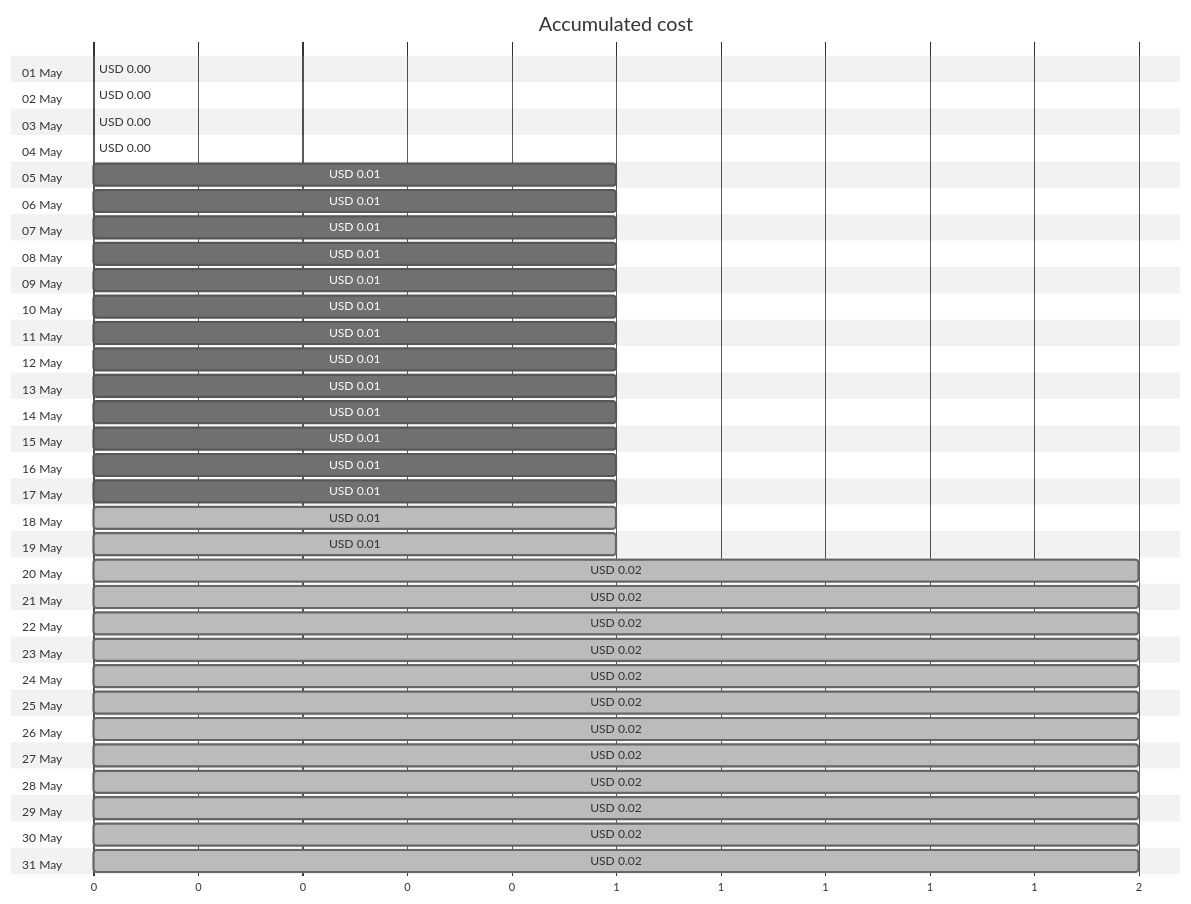
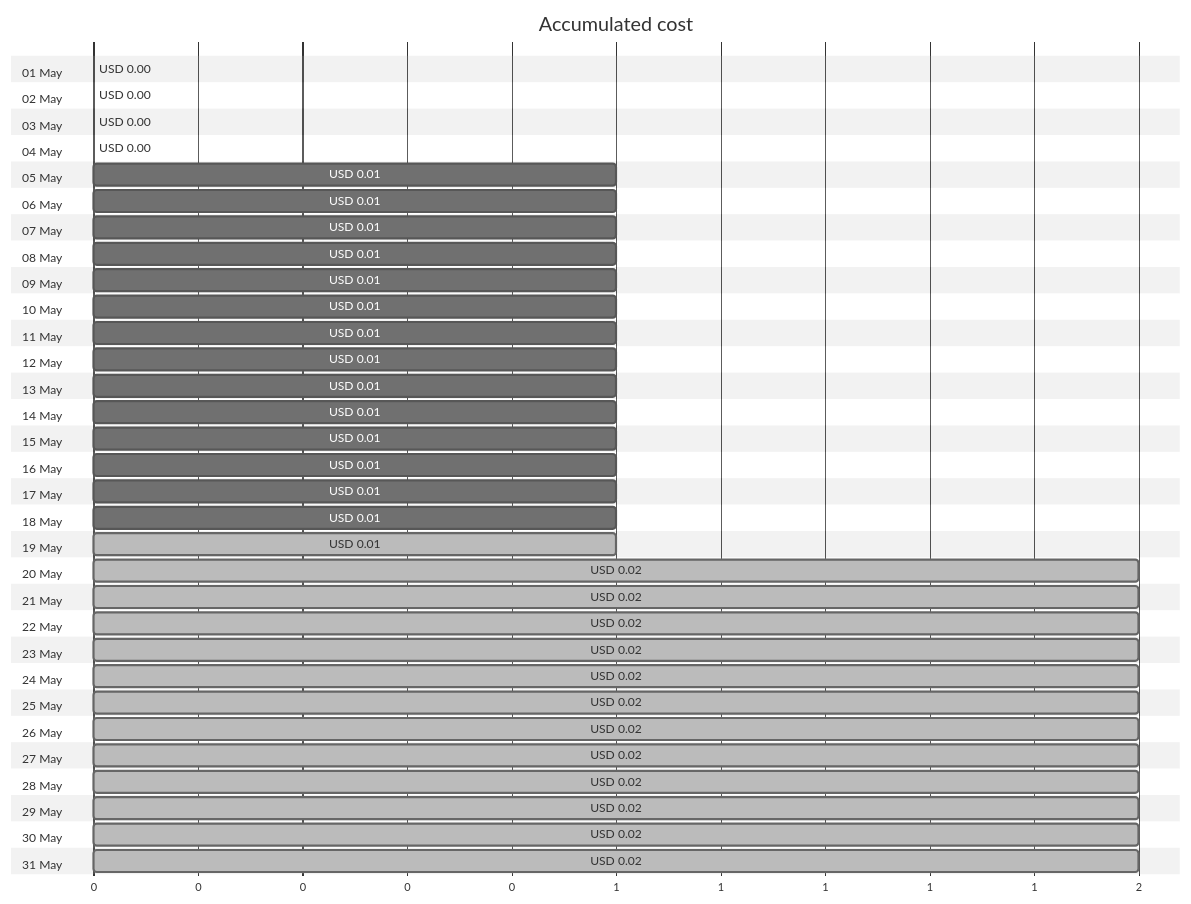
One commit to jpfulton/azure-personal-reports changed the first of 4 diagrams in cost-reports/personal-site/personalsiteapipreview.md. Above: the diagram before and after it, drawn with Mermaid (neutral theme). The commit also changed other lines of this file and 6 other files, not shown here.

````diff
--- a/cost-reports/personal-site/personalsiteapipreview.md
+++ b/cost-reports/personal-site/personalsiteapipreview.md
@@ -20,68 +20,68 @@
 ```mermaid
 gantt
    title Accumulated cost
    dateFormat  X
    axisFormat %s
    section 01 May
    USD 0.00 :0, 0
    section 02 May
    USD 0.00 :0, 0
    section 03 May
    USD 0.00 :0, 0
    section 04 May
    USD 0.00 :0, 0
    section 05 May
    USD 0.01 :0, 1
    section 06 May
    USD 0.01 :0, 1
    section 07 May
    USD 0.01 :0, 1
    section 08 May
    USD 0.01 :0, 1
    section 09 May
    USD 0.01 :0, 1
    section 10 May
    USD 0.01 :0, 1
    section 11 May
    USD 0.01 :0, 1
    section 12 May
    USD 0.01 :0, 1
    section 13 May
    USD 0.01 :0, 1
    section 14 May
    USD 0.01 :0, 1
    section 15 May
    USD 0.01 :0, 1
    section 16 May
    USD 0.01 :0, 1
    section 17 May
    USD 0.01 :0, 1
    section 18 May
-   USD 0.01 : done, 0, 1
+   USD 0.01 :0, 1
    section 19 May
    USD 0.01 : done, 0, 1
    section 20 May
    USD 0.02 : done, 0, 2
    section 21 May
    USD 0.02 : done, 0, 2
    section 22 May
    USD 0.02 : done, 0, 2
    section 23 May
    USD 0.02 : done, 0, 2
    section 24 May
    USD 0.02 : done, 0, 2
    section 25 May
    USD 0.02 : done, 0, 2
    section 26 May
    USD 0.02 : done, 0, 2
    section 27 May
    USD 0.02 : done, 0, 2
    section 28 May
    USD 0.02 : done, 0, 2
    section 29 May
    USD 0.02 : done, 0, 2
    section 30 May
    USD 0.02 : done, 0, 2
    section 31 May
    USD 0.02 : done, 0, 2
 ```
````
